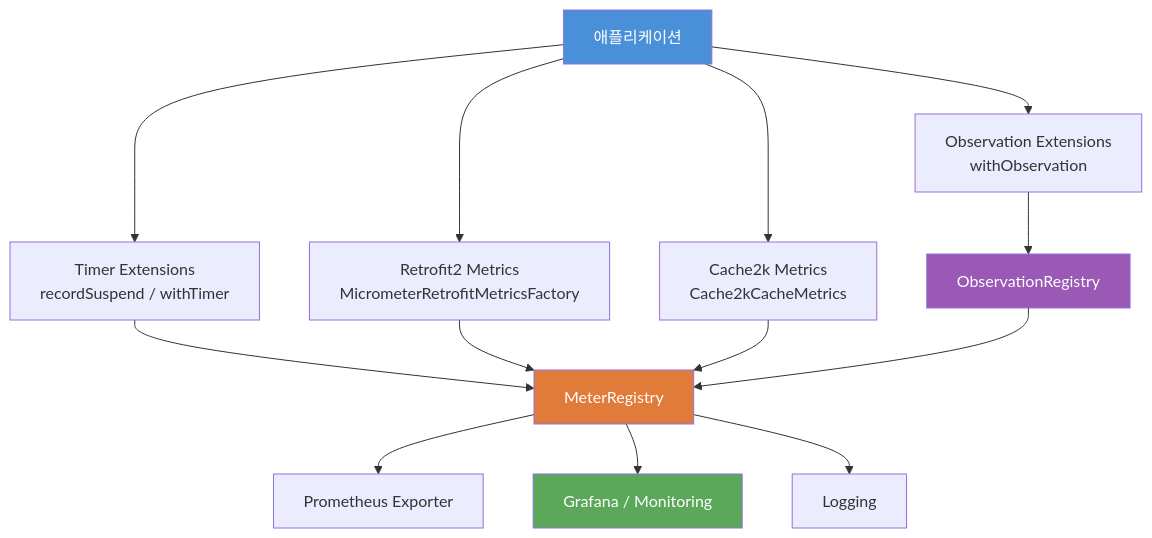
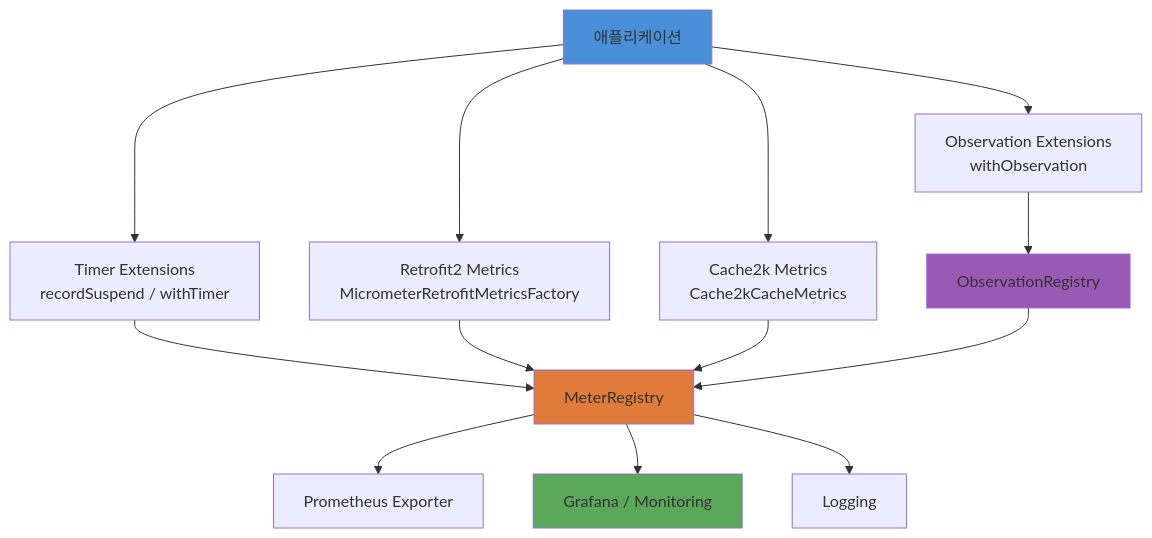
One commit to bluetape4k/bluetape4k-projects changed the first of 3 diagrams in infra/micrometer/README.md. Above: the diagram before and after it, drawn with Mermaid. The commit also changed 74 other files, not shown here.

First line of the commit message:
docs: bluetape4k/core/coroutines/logging, io/feign~vertx README 색상 Mermaid UML 추가

````diff
--- a/infra/micrometer/README.md
+++ b/infra/micrometer/README.md
@@ -234,23 +234,23 @@
 ```mermaid
 flowchart TD
     App[애플리케이션] --> TE[Timer Extensions<br/>recordSuspend / withTimer]
     App --> OE[Observation Extensions<br/>withObservation]
     App --> RM[Retrofit2 Metrics<br/>MicrometerRetrofitMetricsFactory]
     App --> CM[Cache2k Metrics<br/>Cache2kCacheMetrics]
 
     TE --> MR[MeterRegistry]
     OE --> OR[ObservationRegistry]
     RM --> MR
     CM --> MR
 
     OR --> MR
 
     MR --> Prometheus[Prometheus Exporter]
     MR --> Grafana[Grafana / Monitoring]
     MR --> Log[Logging]
 
-    style App fill:#4a90d9,color:#fff
-    style MR fill:#e07b39,color:#fff
-    style OR fill:#9b59b6,color:#fff
-    style Grafana fill:#5ba85a,color:#fff
+    style App fill:#4a90d9
+    style MR fill:#e07b39
+    style OR fill:#9b59b6
+    style Grafana fill:#5ba85a
 ```
````
